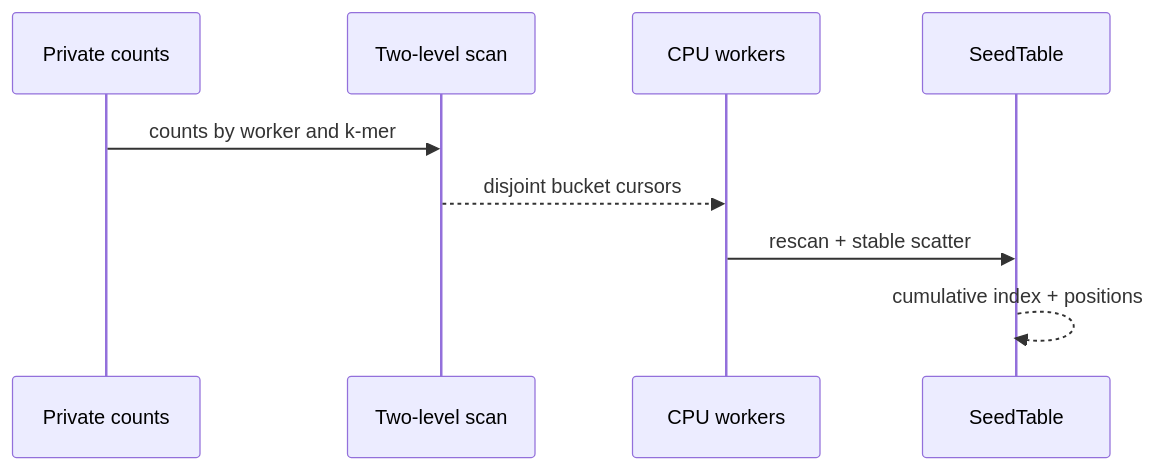
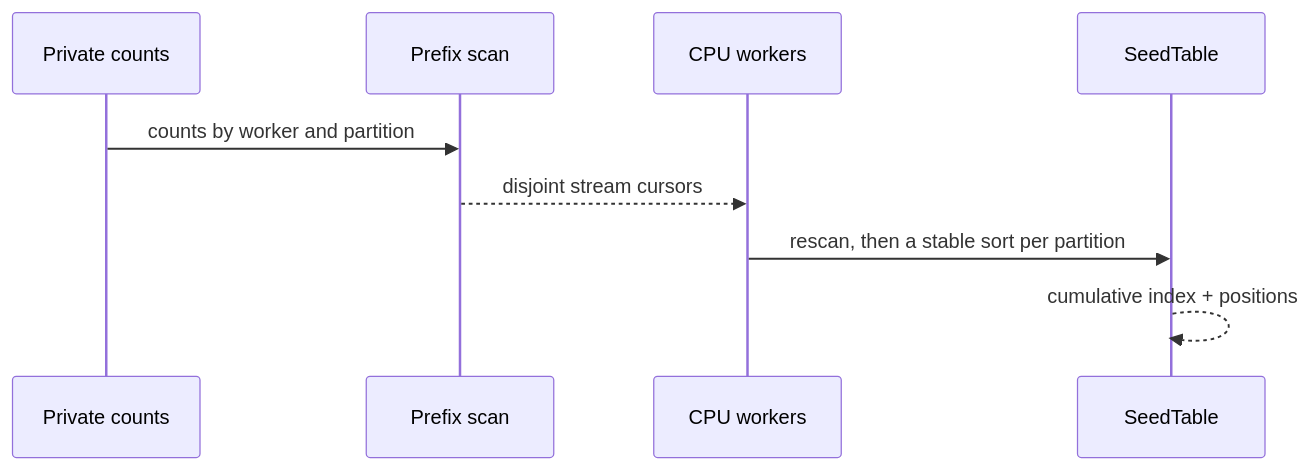
Before and after one commit to hillerlab/hspZ: the fourth of 5 diagrams in docs/src/journeys/spaced-index.md, drawn with Mermaid. The commit also changed other lines of this file and 3 other files, not shown here.

````diff
--- a/docs/src/journeys/spaced-index.md
+++ b/docs/src/journeys/spaced-index.md
@@ -68,11 +68,11 @@
 ```mermaid
 sequenceDiagram
     participant C as Private counts
-    participant S as Two-level scan
+    participant S as Prefix scan
     participant W as CPU workers
     participant T as SeedTable
-    C->>S: counts by worker and k-mer
-    S-->>W: disjoint bucket cursors
-    W->>T: rescan + stable scatter
+    C->>S: counts by worker and partition
+    S-->>W: disjoint stream cursors
+    W->>T: rescan, then a stable sort per partition
     T-->>T: cumulative index + positions
 ```
````
